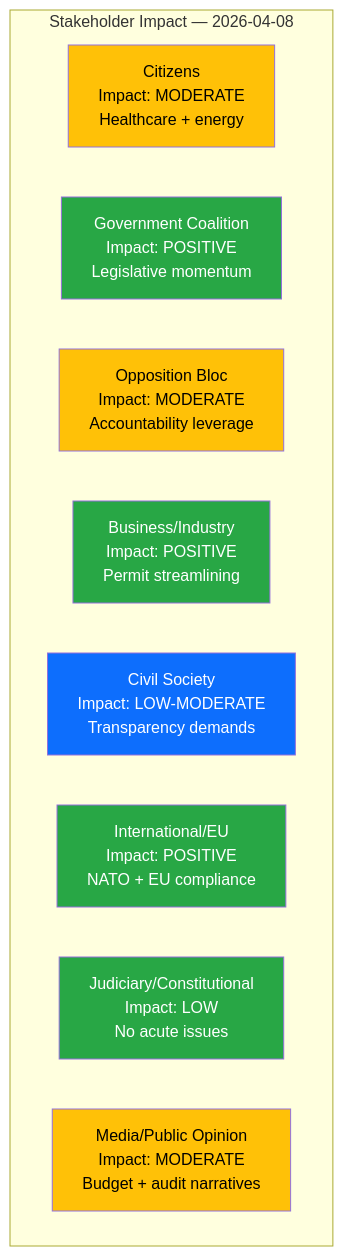
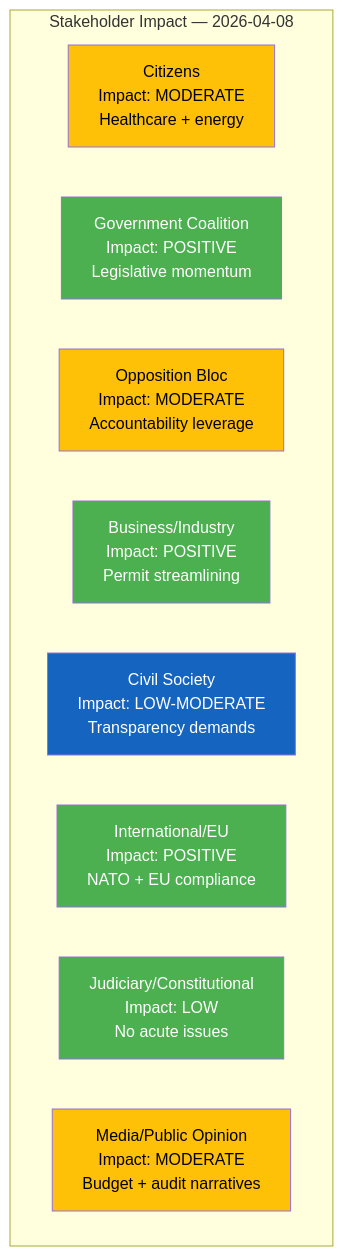
Before and after one commit to Hack23/riksdagsmonitor: the diagram in analysis/daily/2026-04-08/evening-analysis-2/stakeholder-perspectives.md, drawn with Mermaid. The commit also changed 785 other files, not shown here.

First line of the commit message:
Normalize mermaid colors across 786 analysis artifacts to ISMS Style Guide palette

````diff
--- a/analysis/daily/2026-04-08/evening-analysis-2/stakeholder-perspectives.md
+++ b/analysis/daily/2026-04-08/evening-analysis-2/stakeholder-perspectives.md
@@ -13,22 +13,22 @@
 ```mermaid
 graph TD
     subgraph "Stakeholder Impact — 2026-04-08"
         CIT["Citizens<br/>Impact: MODERATE<br/>Healthcare + energy"]
         GOV["Government Coalition<br/>Impact: POSITIVE<br/>Legislative momentum"]
         OPP["Opposition Bloc<br/>Impact: MODERATE<br/>Accountability leverage"]
         BIZ["Business/Industry<br/>Impact: POSITIVE<br/>Permit streamlining"]
         CIV["Civil Society<br/>Impact: LOW-MODERATE<br/>Transparency demands"]
         INT["International/EU<br/>Impact: POSITIVE<br/>NATO + EU compliance"]
         JUD["Judiciary/Constitutional<br/>Impact: LOW<br/>No acute issues"]
         MED["Media/Public Opinion<br/>Impact: MODERATE<br/>Budget + audit narratives"]
     end
 
-    style CIT fill:#ffc107,color:#000
-    style GOV fill:#28a745,color:#fff
-    style OPP fill:#ffc107,color:#000
-    style BIZ fill:#28a745,color:#fff
-    style CIV fill:#0d6efd,color:#fff
-    style INT fill:#28a745,color:#fff
-    style JUD fill:#28a745,color:#fff
-    style MED fill:#ffc107,color:#000
+    style CIT fill:#FFC107,color:#000000
+    style GOV fill:#4CAF50,color:#FFFFFF
+    style OPP fill:#FFC107,color:#000000
+    style BIZ fill:#4CAF50,color:#FFFFFF
+    style CIV fill:#1565C0,color:#FFFFFF
+    style INT fill:#4CAF50,color:#FFFFFF
+    style JUD fill:#4CAF50,color:#FFFFFF
+    style MED fill:#FFC107,color:#000000
 ```
````
